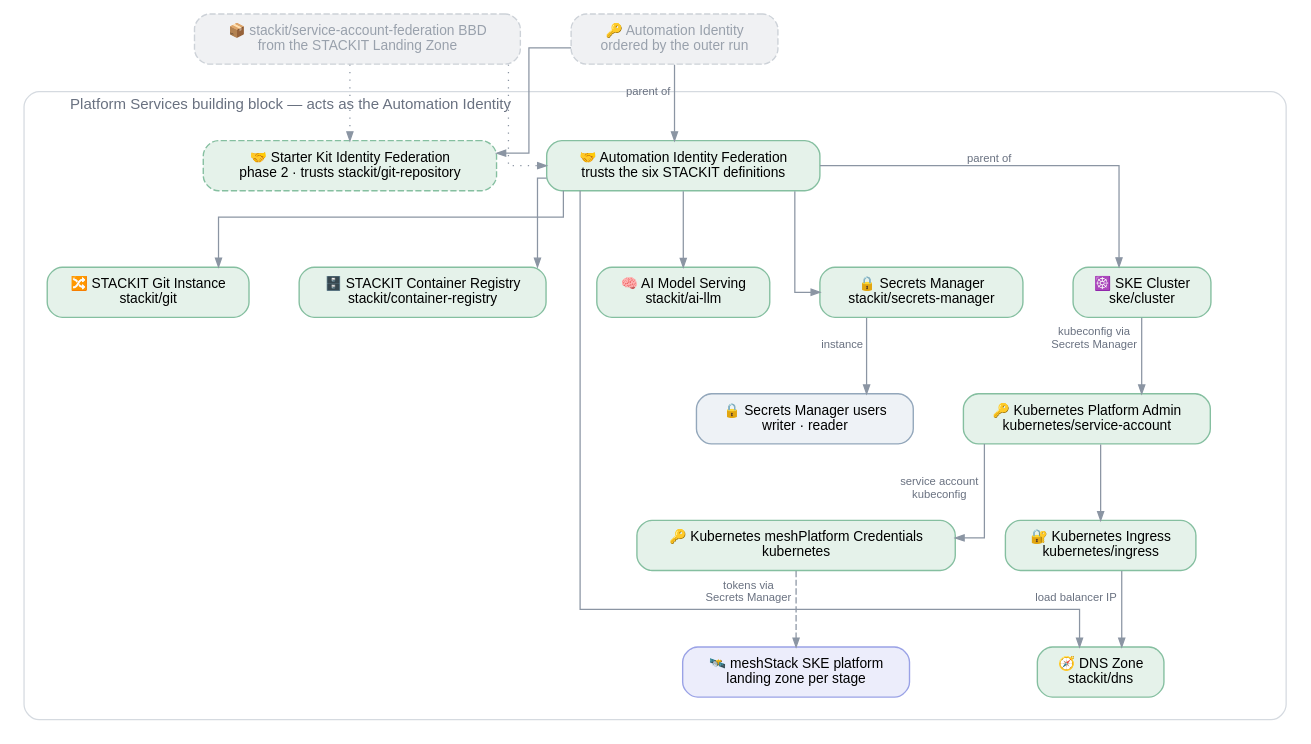
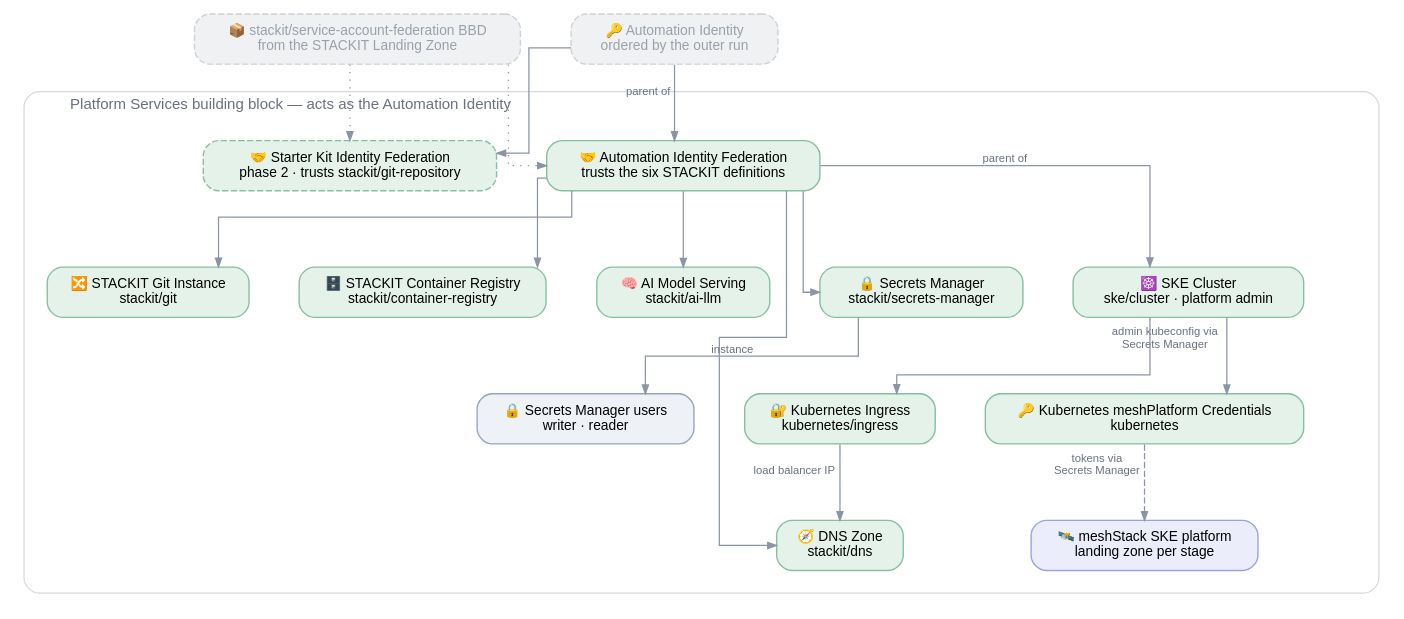
One commit to meshcloud/meshstack-hub changed the diagram in reference-architectures/stackit-kubernetes/stackit-kubernetes-building-blocks.dot. Above: the diagram before and after it, drawn with Graphviz. The commit also changed 13 other files, not shown here.

First line of the commit message:
feat(ref-arch/stackit-kubernetes)!: rotate the cluster tokens monthly and drop the Kubernetes Platform Admin

```diff
--- a/reference-architectures/stackit-kubernetes/stackit-kubernetes-building-blocks.dot
+++ b/reference-architectures/stackit-kubernetes/stackit-kubernetes-building-blocks.dot
@@ -1,69 +1,67 @@
 /*
  * Building block tree of the nested Platform Services building block. The outer layer that orders
  * it is described in README.md, not drawn here.
  * Conventions: .agents/references/diagrams.md — render with: task diagrams
  */
 digraph stackit_kubernetes_building_blocks {
   rankdir=TB
   splines=ortho
   forcelabels=true
   bgcolor="white"
   nodesep=0.55
   ranksep=0.85
 
   node [shape=box style="rounded,filled" fontname="Helvetica" fontsize=11
         fillcolor="#ffffff" color="#a2abb8" penwidth=1.1 margin="0.20,0.11"]
   edge [fontname="Helvetica" fontsize=9 fontcolor="#697180" color="#8b95a3" arrowsize=0.7]
 
   // Context only: the landing zone's definition and the outer run's identity.
   BBD_FED [label="📦 stackit/service-account-federation BBD\nfrom the STACKIT Landing Zone"
            style="rounded,filled,dashed" fillcolor="#f0f1f3" color="#cdd2d8" fontcolor="#99a1ac"]
   SA      [label="🔑 Automation Identity\nordered by the outer run"
            style="rounded,filled,dashed" fillcolor="#f0f1f3" color="#cdd2d8" fontcolor="#99a1ac"]
 
   { rank=same; BBD_FED -> SA [style=invis] }
 
   subgraph cluster_platform {
     label="  Platform Services building block — acts as the Automation Identity"
     labeljust=l
     fontname="Helvetica" fontsize=12 fontcolor="#697180"
     style="rounded" color="#d5dae0"
     margin=18
 
     FED     [label="🤝 Automation Identity Federation\ntrusts the six STACKIT definitions" fillcolor="#e5f2ea" color="#85bfa0"]
     SM      [label="🔒 Secrets Manager\nstackit/secrets-manager" fillcolor="#e5f2ea" color="#85bfa0"]
     USERS   [label="🔒 Secrets Manager users\nwriter · reader" fillcolor="#eef2f6" color="#93a7bb"]
-    CLUSTER [label="☸️ SKE Cluster\nske/cluster" fillcolor="#e5f2ea" color="#85bfa0"]
+    CLUSTER [label="☸️ SKE Cluster\nske/cluster · platform admin" fillcolor="#e5f2ea" color="#85bfa0"]
     GIT     [label="🔀 STACKIT Git Instance\nstackit/git" fillcolor="#e5f2ea" color="#85bfa0"]
     REG     [label="🗄️ STACKIT Container Registry\nstackit/container-registry" fillcolor="#e5f2ea" color="#85bfa0"]
     AI      [label="🧠 AI Model Serving\nstackit/ai-llm" fillcolor="#e5f2ea" color="#85bfa0"]
-    KSA     [label="🔑 Kubernetes Platform Admin\nkubernetes/service-account" fillcolor="#e5f2ea" color="#85bfa0"]
     CREDS   [label="🔑 Kubernetes meshPlatform Credentials\nkubernetes" fillcolor="#e5f2ea" color="#85bfa0"]
     ING     [label="🔐 Kubernetes Ingress\nkubernetes/ingress" fillcolor="#e5f2ea" color="#85bfa0"]
     DNS     [label="🧭 DNS Zone\nstackit/dns" fillcolor="#e5f2ea" color="#85bfa0"]
     MP      [label="🛰️ meshStack SKE platform\nlanding zone per stage" fillcolor="#ecedfb" color="#9aa2e6"]
     SKFED   [label="🤝 Starter Kit Identity Federation\nphase 2 · trusts stackit/git-repository"
              style="rounded,filled,dashed" fillcolor="#e5f2ea" color="#85bfa0"]
 
     { rank=same; SM -> CLUSTER -> GIT -> REG -> AI [style=invis] }
     { rank=same; CREDS -> ING [style=invis] }
 
     FED     -> CLUSTER [xlabel="parent of"]
     FED     -> GIT
     FED     -> REG
     FED     -> AI
     FED     -> SM
     SM      -> USERS   [xlabel="instance"]
-    CLUSTER -> KSA     [xlabel="kubeconfig via\nSecrets Manager"]
-    KSA     -> CREDS   [xlabel="service account\nkubeconfig"]
-    KSA     -> ING
+    CLUSTER -> CREDS   [xlabel="admin kubeconfig via\nSecrets Manager"]
+    CLUSTER -> ING
     ING     -> DNS     [xlabel="load balancer IP"]
     FED     -> DNS     [constraint=false]
     CREDS   -> MP      [xlabel="tokens via\nSecrets Manager" style=dashed]
   }
 
   SA      -> FED   [xlabel="parent of"]
   SA      -> SKFED
   BBD_FED -> FED   [style=dotted]
   BBD_FED -> SKFED [style=dotted]
 }
```
